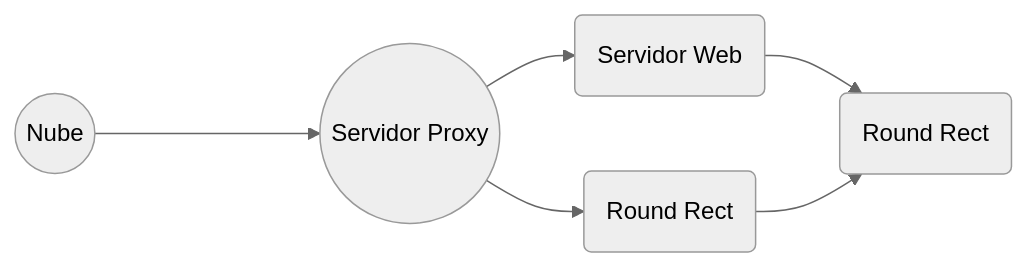
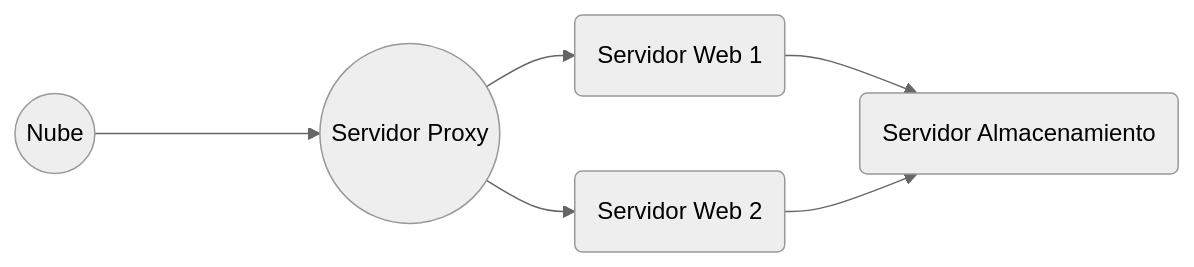
One commit to eavurela/infra_cloud changed the third of 3 diagrams in TP_INFRA.md. Above: the diagram before and after it, drawn with Mermaid (neutral theme). The commit also changed other lines of this file, not shown here.

Commit message:
TP_INFRA.md updated from https://stackedit.io/

````diff
--- a/TP_INFRA.md
+++ b/TP_INFRA.md
@@ -418,12 +418,11 @@
 ```mermaid
 graph LR
-A((Nube))
-----> B((Servidor Proxy))
-B --> C(Servidor Web)
-B --> D(Round Rect)
+A((Nube)) ----> B((Servidor Proxy))
+B --> C(Servidor Web 1)
+B --> D(Servidor Web 2)
 C --> E(Servidor Almacenamiento)
-D --> E(Round Rect)
+D --> E(Servidor Almacenamiento)
 
 
 
 ```
````
